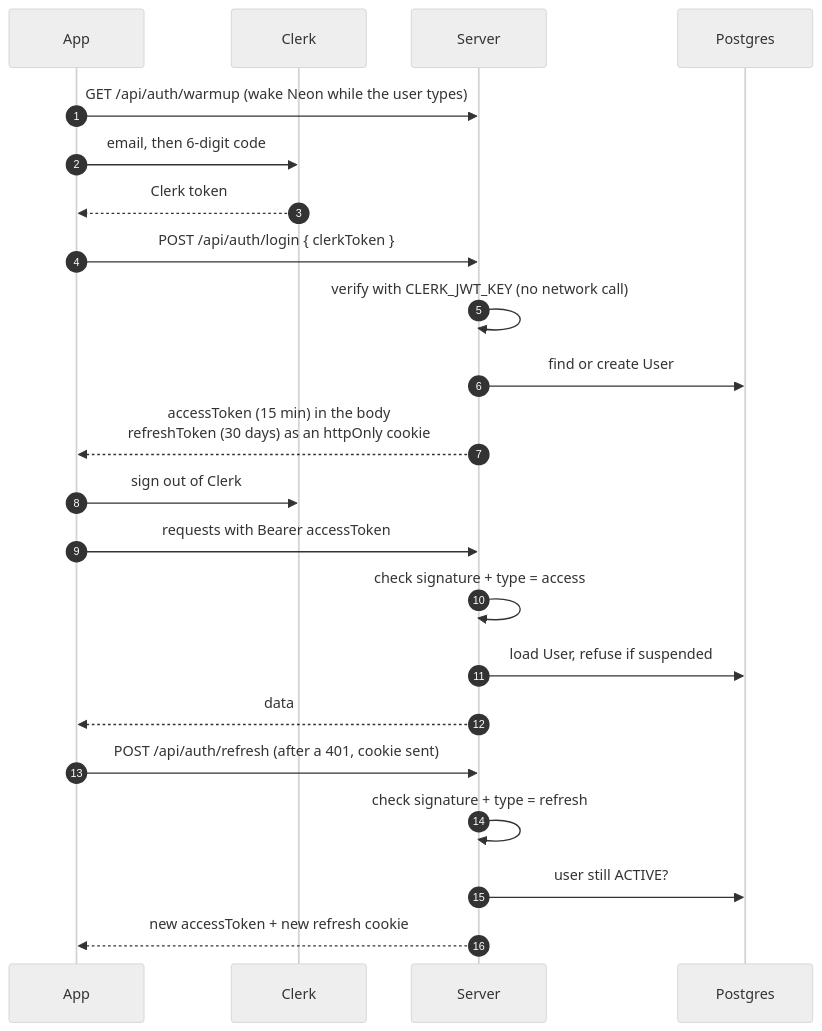
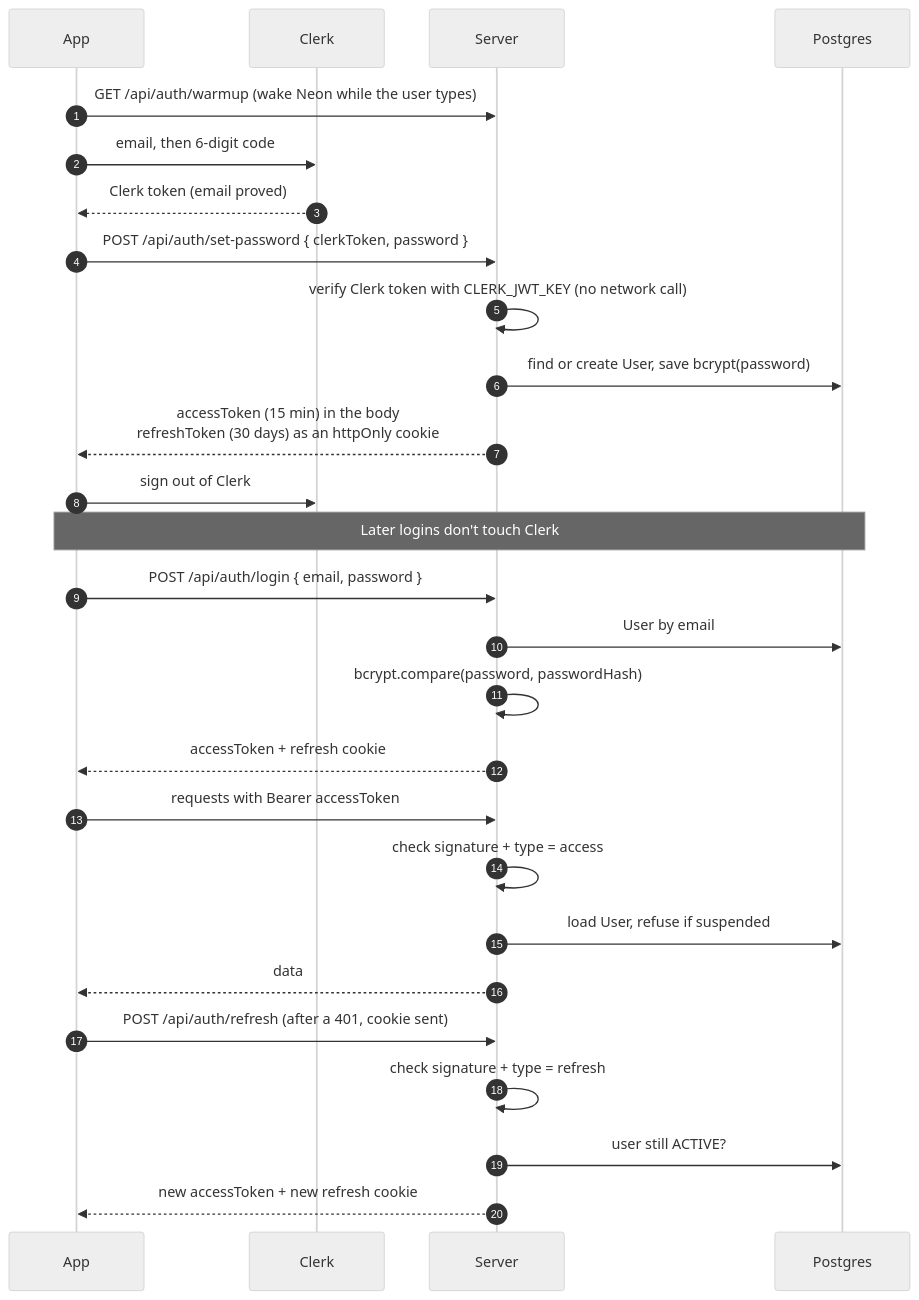
Before and after one commit to yatinsingh2007/HopShare: the sixth of 14 diagrams in README.md, drawn with Mermaid (neutral theme). The commit also changed other lines of this file and 9 other files, not shown here.

First line of the commit message:
feat: email + password sign-up and login, passwords in our DB

````diff
--- a/README.md
+++ b/README.md
@@ -220,27 +245,33 @@
 ```mermaid
 sequenceDiagram
     autonumber
     participant App
     participant Clerk
     participant API as Server
     participant DB as Postgres
 
     App->>API: GET /api/auth/warmup (wake Neon while the user types)
     App->>Clerk: email, then 6-digit code
-    Clerk-->>App: Clerk token
-    App->>API: POST /api/auth/login { clerkToken }
-    API->>API: verify with CLERK_JWT_KEY (no network call)
-    API->>DB: find or create User
+    Clerk-->>App: Clerk token (email proved)
+    App->>API: POST /api/auth/set-password { clerkToken, password }
+    API->>API: verify Clerk token with CLERK_JWT_KEY (no network call)
+    API->>DB: find or create User, save bcrypt(password)
     API-->>App: accessToken (15 min) in the body<br/>refreshToken (30 days) as an httpOnly cookie
     App->>Clerk: sign out of Clerk
+
+    Note over App,DB: Later logins don't touch Clerk
+    App->>API: POST /api/auth/login { email, password }
+    API->>DB: User by email
+    API->>API: bcrypt.compare(password, passwordHash)
+    API-->>App: accessToken + refresh cookie
 
     App->>API: requests with Bearer accessToken
     API->>API: check signature + type = access
     API->>DB: load User, refuse if suspended
     API-->>App: data
 
     App->>API: POST /api/auth/refresh (after a 401, cookie sent)
     API->>API: check signature + type = refresh
     API->>DB: user still ACTIVE?
     API-->>App: new accessToken + new refresh cookie
 ```
````
